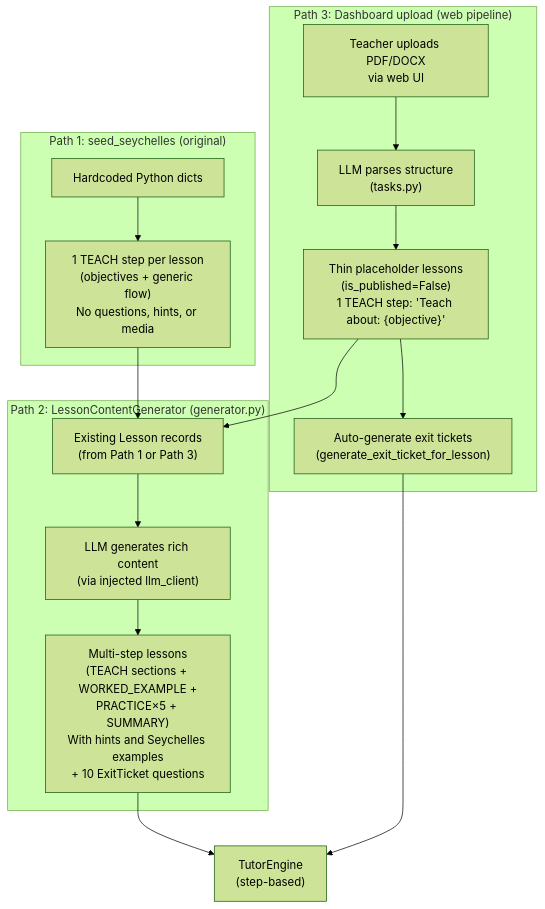
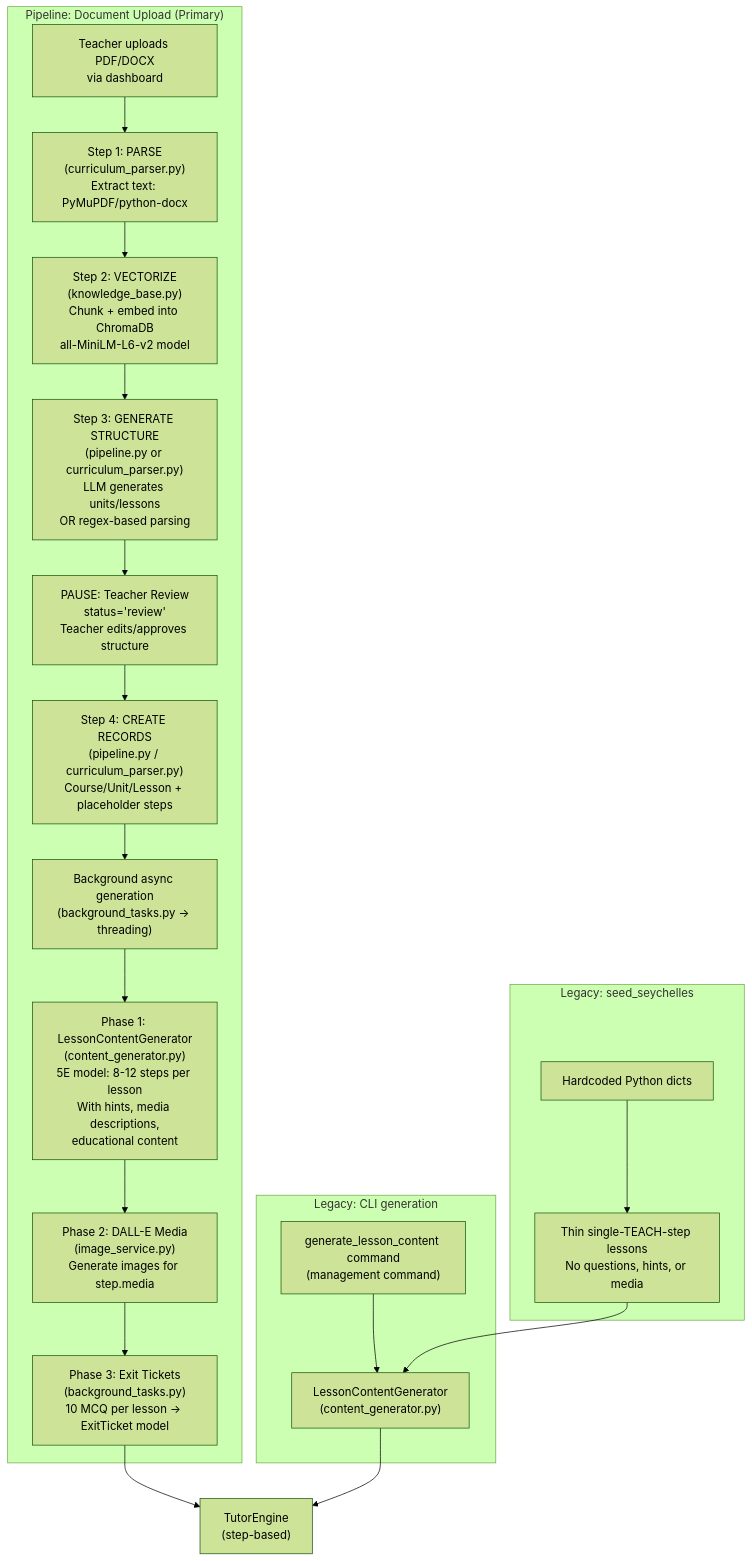
Before and after one commit to eai6/ai-tutor: the fourth of 5 diagrams in design/SYSTEM_ARCHITECTURE.md, drawn with Mermaid (forest theme). The commit also changed other lines of this file, not shown here.

First line of the commit message:
Rewrite system architecture doc for current codebase (1ae99b8)

````diff
--- a/design/SYSTEM_ARCHITECTURE.md
+++ b/design/SYSTEM_ARCHITECTURE.md
@@ -276,29 +312,33 @@
 ```mermaid
 flowchart TD
-    subgraph "Path 1: seed_seychelles (original)"
+    subgraph "Pipeline: Document Upload (Primary)"
+        UPLOAD["Teacher uploads PDF/DOCX\nvia dashboard"]
+        STEP1["Step 1: PARSE\n(curriculum_parser.py)\nExtract text: PyMuPDF/python-docx"]
+        STEP2["Step 2: VECTORIZE\n(knowledge_base.py)\nChunk + embed into ChromaDB\nall-MiniLM-L6-v2 model"]
+        STEP3["Step 3: GENERATE STRUCTURE\n(pipeline.py or curriculum_parser.py)\nLLM generates units/lessons\nOR regex-based parsing"]
+        REVIEW["PAUSE: Teacher Review\nstatus='review'\nTeacher edits/approves structure"]
+        STEP4["Step 4: CREATE RECORDS\n(pipeline.py / curriculum_parser.py)\nCourse/Unit/Lesson + placeholder steps"]
+        ASYNC["Background async generation\n(background_tasks.py → threading)"]
+        PHASE1["Phase 1: LessonContentGenerator\n(content_generator.py)\n5E model: 8-12 steps per lesson\nWith hints, media descriptions,\neducational content"]
+        PHASE2["Phase 2: DALL-E Media\n(image_service.py)\nGenerate images for step.media"]
+        PHASE3["Phase 3: Exit Tickets\n(background_tasks.py)\n10 MCQ per lesson → ExitTicket model"]
+        UPLOAD --> STEP1 --> STEP2 --> STEP3 --> REVIEW --> STEP4 --> ASYNC
+        ASYNC --> PHASE1 --> PHASE2 --> PHASE3
+    end
+
+    subgraph "Legacy: seed_seychelles"
         SS_IN["Hardcoded Python dicts"]
-        SS_OUT["1 TEACH step per lesson\n(objectives + generic flow)\nNo questions, hints, or media"]
+        SS_OUT["Thin single-TEACH-step lessons\nNo questions, hints, or media"]
         SS_IN --> SS_OUT
     end
 
-    subgraph "Path 2: LessonContentGenerator (generator.py)"
-        GEN_IN["Existing Lesson records\n(from Path 1 or Path 3)"]
-        GEN_AI["LLM generates rich content\n(via injected llm_client)"]
-        GEN_OUT["Multi-step lessons\n(TEACH sections + WORKED_EXAMPLE +\nPRACTICE×5 + SUMMARY)\nWith hints and Seychelles examples\n+ 10 ExitTicket questions"]
-        GEN_IN --> GEN_AI --> GEN_OUT
+    subgraph "Legacy: CLI generation"
+        CLI["generate_lesson_content command\n(management command)"]
+        CLI_GEN["LessonContentGenerator\n(content_generator.py)"]
+        CLI --> CLI_GEN
     end
 
-    subgraph "Path 3: Dashboard upload (web pipeline)"
-        DASH_IN["Teacher uploads PDF/DOCX\nvia web UI"]
-        DASH_AI["LLM parses structure\n(tasks.py)"]
-        DASH_OUT["Thin placeholder lessons\n(is_published=False)\n1 TEACH step: 'Teach about: {objective}'"]
-        DASH_ET["Auto-generate exit tickets\n(generate_exit_ticket_for_lesson)"]
-        DASH_IN --> DASH_AI --> DASH_OUT --> DASH_ET
-    end
-
-    SS_OUT --> GEN_IN
-    DASH_OUT --> GEN_IN
-
-    GEN_OUT --> ENGINE["TutorEngine\n(step-based)"]
-    DASH_ET --> ENGINE
+    PHASE3 --> ENGINE["TutorEngine\n(step-based)"]
+    SS_OUT --> CLI_GEN
+    CLI_GEN --> ENGINE
 ```
````
